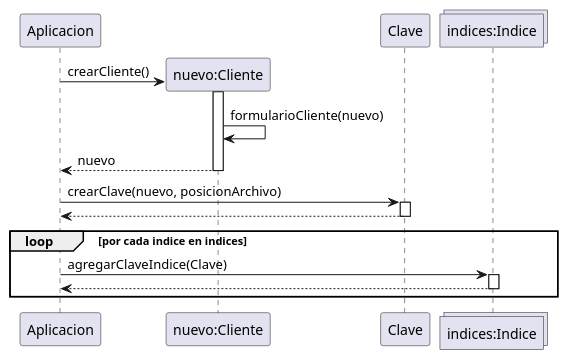
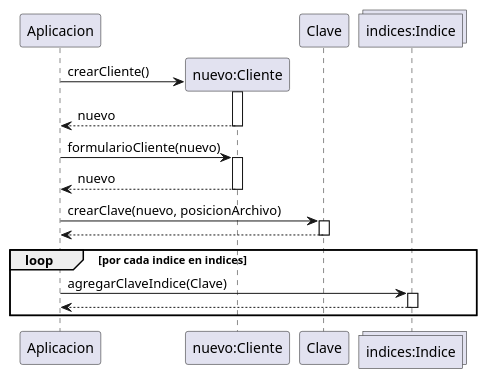
The diagram in altacliente.puml (HeraclitoDeEfeso/TP-final-parte-2), drawn with PlantUML before and after one commit. The commit also changed 1 other file, not shown here.

Commit message:
Aplicacion: corrijo modulo altaCliente y secuencia

```diff
--- a/altacliente.puml
+++ b/altacliente.puml
@@ -1,22 +1,24 @@
 @startuml
 
 participant Aplicacion
 participant "nuevo:Cliente" as Cliente
 participant Clave
 collections "indices:Indice" as Indice
 
 create Cliente
 Aplicacion -> Cliente: crearCliente()
 activate Cliente
-Cliente -> Cliente: formularioCliente(nuevo)
+return nuevo
+Aplicacion -> Cliente: formularioCliente(nuevo)
+activate Cliente
 return nuevo
 Aplicacion -> Clave: crearClave(nuevo, posicionArchivo)
 activate Clave
 return
 loop por cada indice en indices
 	Aplicacion -> Indice: agregarClaveIndice(Clave)
 	activate Indice
 	return
 end
 
 @enduml
```
